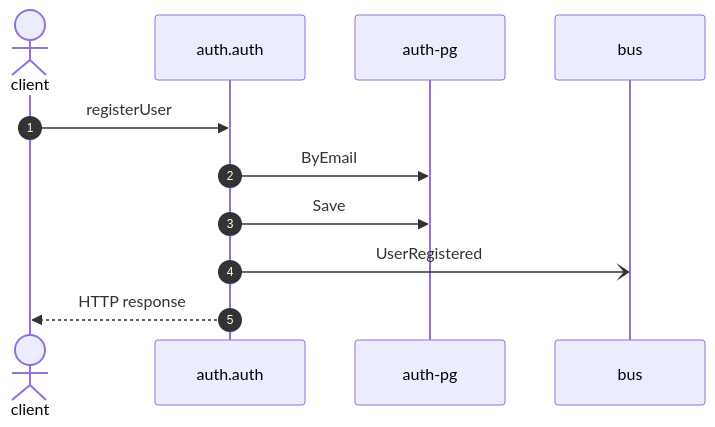
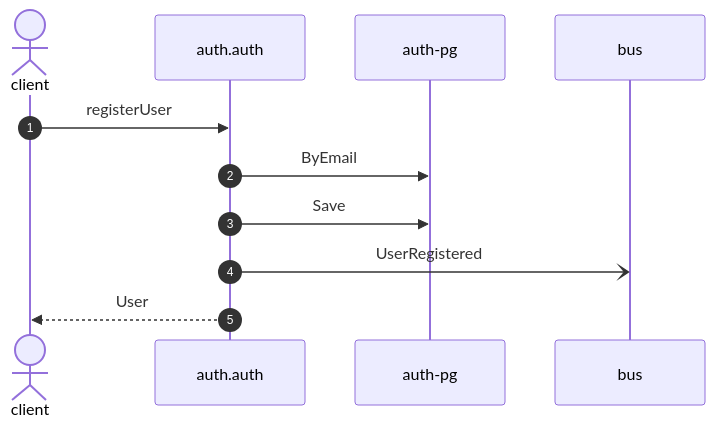
One commit to shortlink-org/portolan changed the diagram in docs/example/flows/auth-register-user.md. Above: the diagram before and after it, drawn with Mermaid. The commit also changed other lines of this file and 82 other files, not shown here.

````diff
--- a/docs/example/flows/auth-register-user.md
+++ b/docs/example/flows/auth-register-user.md
@@ -24,13 +24,13 @@
 ```mermaid
 sequenceDiagram
     autonumber
     actor p0 as client
     participant p1 as auth.auth
     participant p2 as auth-pg
     participant p3 as bus
     p0->>p1: registerUser
     p1->>p2: ByEmail
     p1->>p2: Save
     p1-)p3: UserRegistered
-    p1-->>p0: HTTP response
+    p1-->>p0: User
 ```
````
